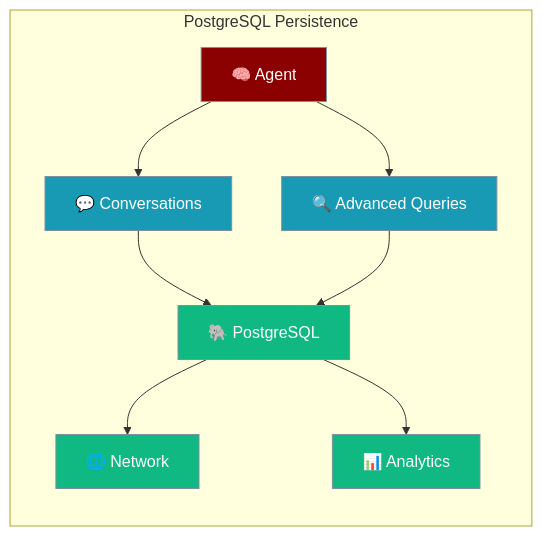
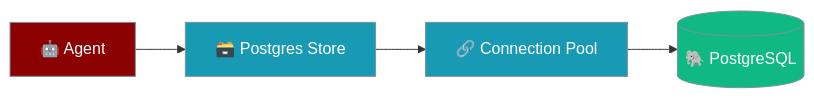
One commit to MervinPraison/PraisonAIDocs changed the first of 2 diagrams in docs/features/persistence-postgres.mdx. Above: the diagram before and after it, drawn with Mermaid. The commit also changed other lines of this file and 4 other files, not shown here.

````diff
--- a/docs/features/persistence-postgres.mdx
+++ b/docs/features/persistence-postgres.mdx
@@ -10,19 +22,14 @@
 ```mermaid
 graph LR
-    subgraph "PostgreSQL Persistence"
-        A[🧠 Agent] --> B[💬 Conversations]
-        B --> C[🐘 PostgreSQL]
-        C --> D[🌐 Network]
-        A --> E[🔍 Advanced Queries]
-        E --> C
-        C --> F[📊 Analytics]
-    end
-    
+    Agent[🤖 Agent] --> Store[🗃️ Postgres Store]
+    Store --> Pool[🔗 Connection Pool]
+    Pool --> DB[(🐘 PostgreSQL)]
+
     classDef agent fill:#8B0000,stroke:#7C90A0,color:#fff
-    classDef data fill:#189AB4,stroke:#7C90A0,color:#fff
-    classDef storage fill:#10B981,stroke:#7C90A0,color:#fff
-    
-    class A agent
-    class B,E data
-    class C,D,F storage
+    classDef store fill:#189AB4,stroke:#7C90A0,color:#fff
+    classDef database fill:#10B981,stroke:#7C90A0,color:#fff
+
+    class Agent agent
+    class Store,Pool store
+    class DB database
 ```
````
